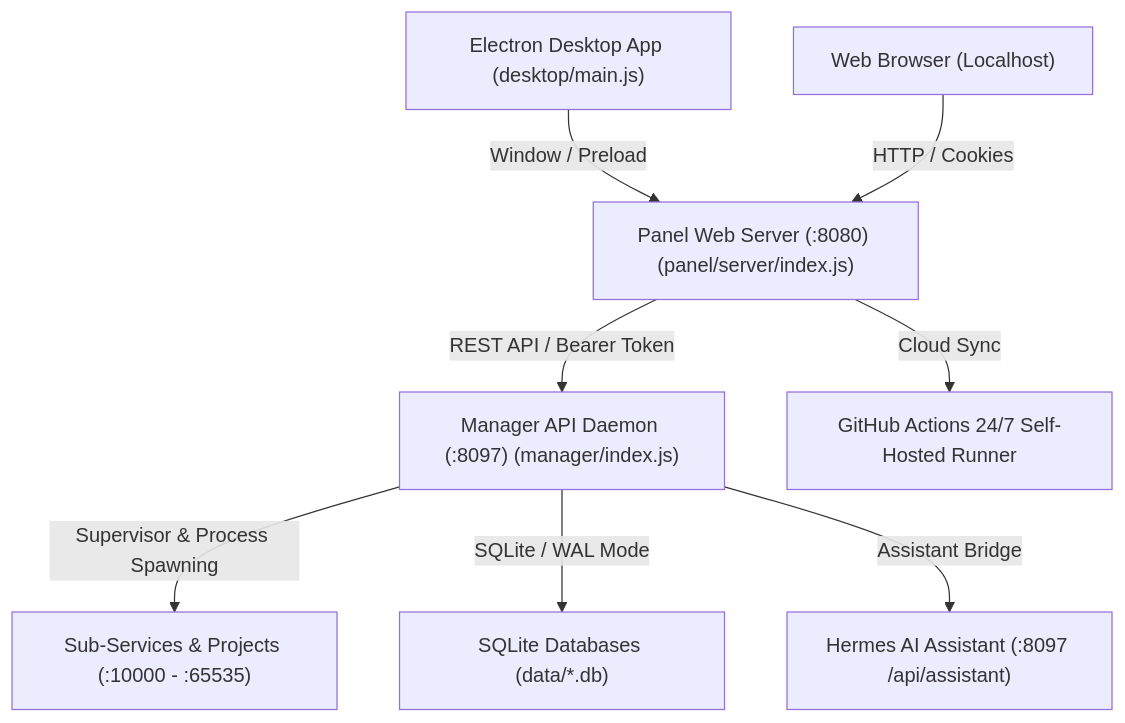
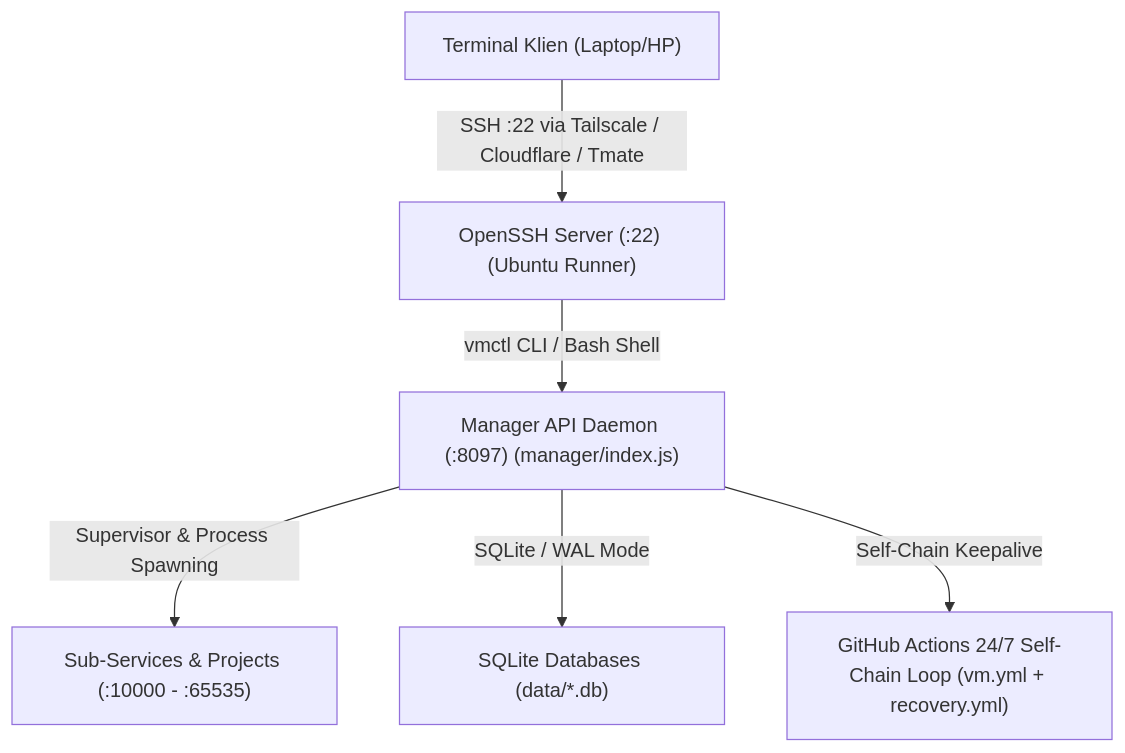
Before and after one commit to mensir122/vm-panel: the diagram in AGENT.md, drawn with Mermaid. The commit also changed other lines of this file and 63 other files, not shown here.

Commit message:
feat: transform to 100% headless linux VPS with SSH key access, remove web & desktop UI, and purge old projects

````diff
--- a/AGENT.md
+++ b/AGENT.md
@@ -33,10 +33,8 @@
 ```mermaid
 graph TD
-    Desktop["Electron Desktop App (desktop/main.js)"] -->|Window / Preload| Panel
-    Browser["Web Browser (Localhost)"] -->|HTTP / Cookies| Panel["Panel Web Server (:8080) (panel/server/index.js)"]
-    Panel -->|REST API / Bearer Token| Manager["Manager API Daemon (:8097) (manager/index.js)"]
+    Client["Terminal Klien (Laptop/HP)"] -->|SSH :22 via Tailscale / Cloudflare / Tmate| SSHD["OpenSSH Server (:22) (Ubuntu Runner)"]
+    SSHD -->|vmctl CLI / Bash Shell| Manager["Manager API Daemon (:8097) (manager/index.js)"]
     Manager -->|Supervisor & Process Spawning| Services["Sub-Services & Projects (:10000 - :65535)"]
     Manager -->|SQLite / WAL Mode| DBs["SQLite Databases (data/*.db)"]
-    Manager -->|Assistant Bridge| Hermes["Hermes AI Assistant (:8097 /api/assistant)"]
-    Panel -->|Cloud Sync| GHRunner["GitHub Actions 24/7 Self-Hosted Runner"]
+    Manager -->|Self-Chain Keepalive| Chain["GitHub Actions 24/7 Self-Chain Loop (vm.yml + recovery.yml)"]
 ```
````
